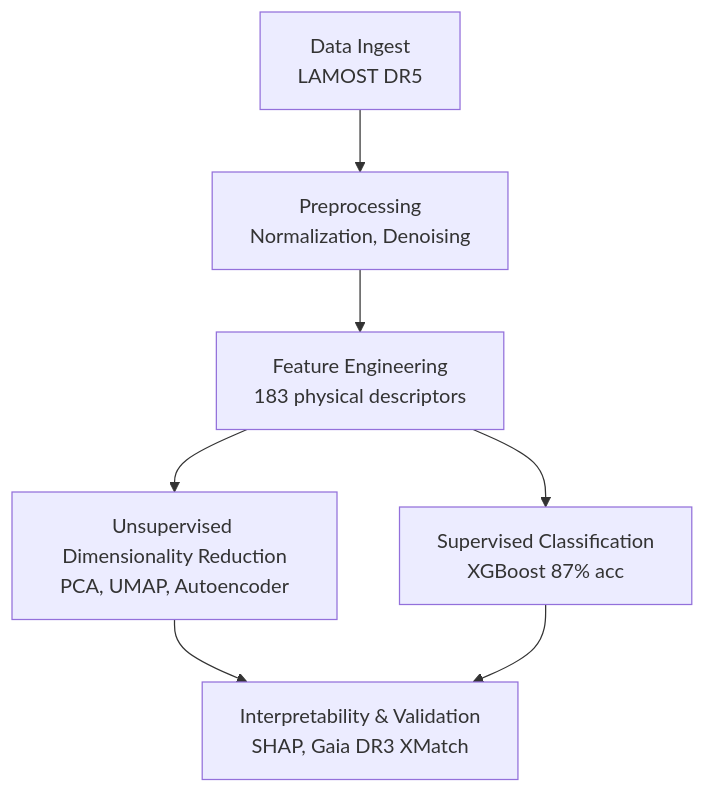
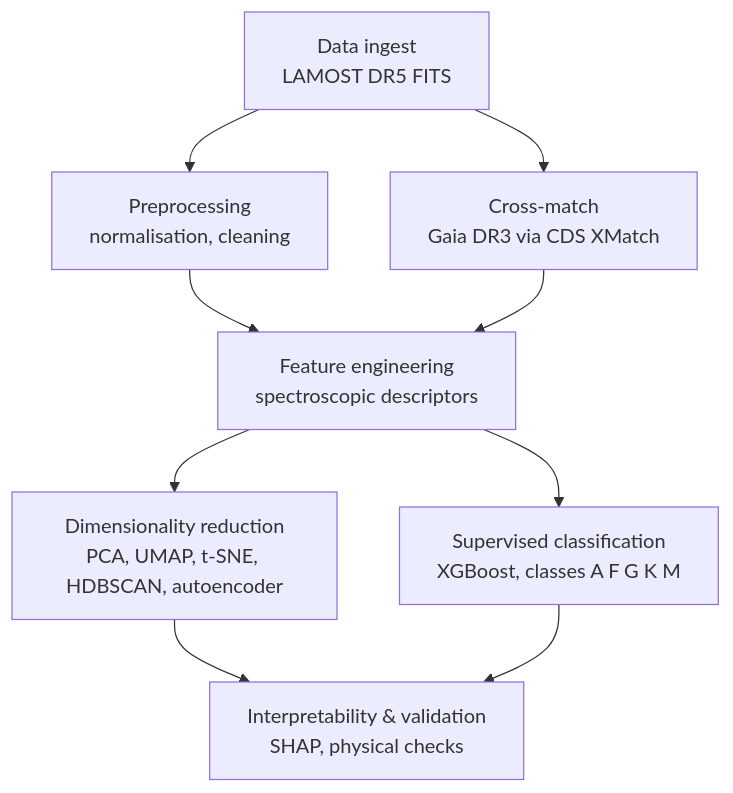
The diagram in README.md (PhD-Brown/AstroSpectro), drawn with Mermaid before and after one commit. The commit also changed other lines of this file and 214 other files, not shown here.

````diff
--- a/README.md
+++ b/README.md
@@ -183,20 +117,19 @@
 ```mermaid
 graph TD
-    %% Définition des nœuds
-    A[Data Ingest<br>LAMOST DR5] 
-    B[Preprocessing<br>Normalization, Denoising]
-    C[Feature Engineering<br>183 physical descriptors]
-    
-    D[Unsupervised Dimensionality Reduction<br>PCA, UMAP, Autoencoder]
-    E[Supervised Classification<br>XGBoost 87% acc]
-    
-    F[Interpretability & Validation<br>SHAP, Gaia DR3 XMatch]
+    A[Data ingest<br>LAMOST DR5 FITS]
+    B[Preprocessing<br>normalisation, cleaning]
+    X[Cross-match<br>Gaia DR3 via CDS XMatch]
+    C[Feature engineering<br>spectroscopic descriptors]
 
-    %% Connexions
-    A --> B
-    B --> C
+    D[Dimensionality reduction<br>PCA, UMAP, t-SNE, HDBSCAN, autoencoder]
+    E[Supervised classification<br>XGBoost, classes A F G K M]
+
+    F[Interpretability & validation<br>SHAP, physical checks]
+
+    A --> B --> C
+    A --> X --> C
     C --> D
     C --> E
     D --> F
     E --> F
 ```
````
